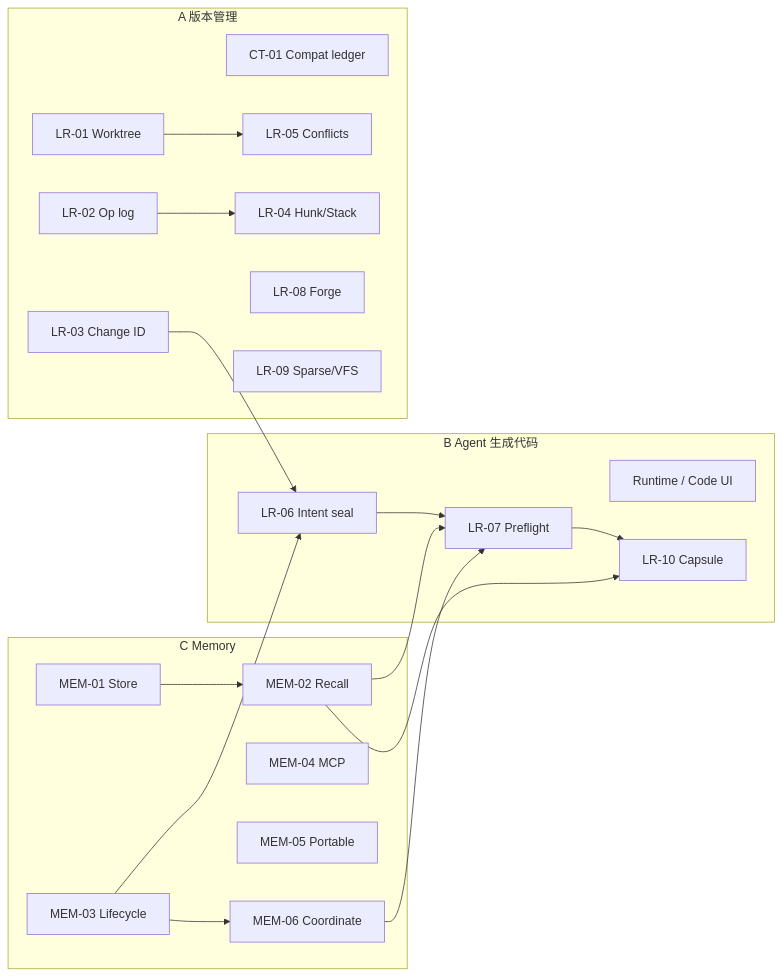
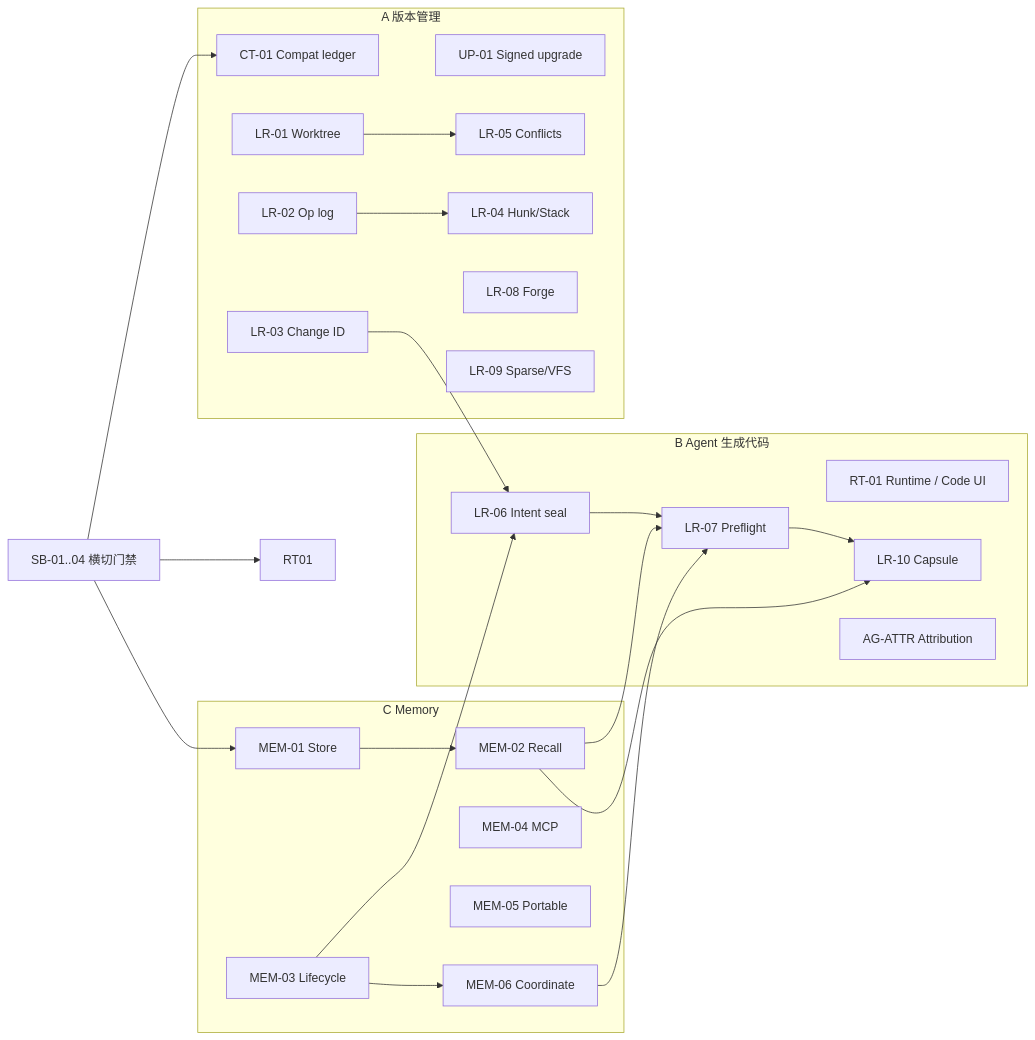
Before and after one commit to jackieismpc/libra: the diagram in docs/development/plan/plan-long.md, drawn with Mermaid. The commit also changed other lines of this file and 1 other file, not shown here.

````diff
--- a/docs/development/plan/plan-long.md
+++ b/docs/development/plan/plan-long.md
@@ -138,38 +191,44 @@
 ```mermaid
 flowchart LR
   subgraph VCS[A 版本管理]
     CT01[CT-01 Compat ledger]
+    UP01[UP-01 Signed upgrade]
     LR01[LR-01 Worktree]
     LR02[LR-02 Op log]
     LR03[LR-03 Change ID]
     LR04[LR-04 Hunk/Stack]
     LR05[LR-05 Conflicts]
     LR08[LR-08 Forge]
     LR09[LR-09 Sparse/VFS]
   end
   subgraph AG[B Agent 生成代码]
     LR06[LR-06 Intent seal]
     LR07[LR-07 Preflight]
-    RT[Runtime / Code UI]
+    RT[RT-01 Runtime / Code UI]
     LR10[LR-10 Capsule]
+    AGATTR[AG-ATTR Attribution]
   end
   subgraph MEM[C Memory]
     MEM01[MEM-01 Store]
     MEM02[MEM-02 Recall]
     MEM03[MEM-03 Lifecycle]
     MEM04[MEM-04 MCP]
     MEM05[MEM-05 Portable]
     MEM06[MEM-06 Coordinate]
   end
+  SB[SB-01..04 横切门禁]
+  SB --> CT01
+  SB --> RT01
+  SB --> MEM01
   LR01 --> LR05
   LR02 --> LR04
   LR03 --> LR06
   LR06 --> LR07
   MEM01 --> MEM02
   MEM02 --> LR07
   MEM03 --> LR06
   LR07 --> LR10
   MEM02 --> LR10
   MEM06 --> LR07
   MEM03 --> MEM06
 ```
````
